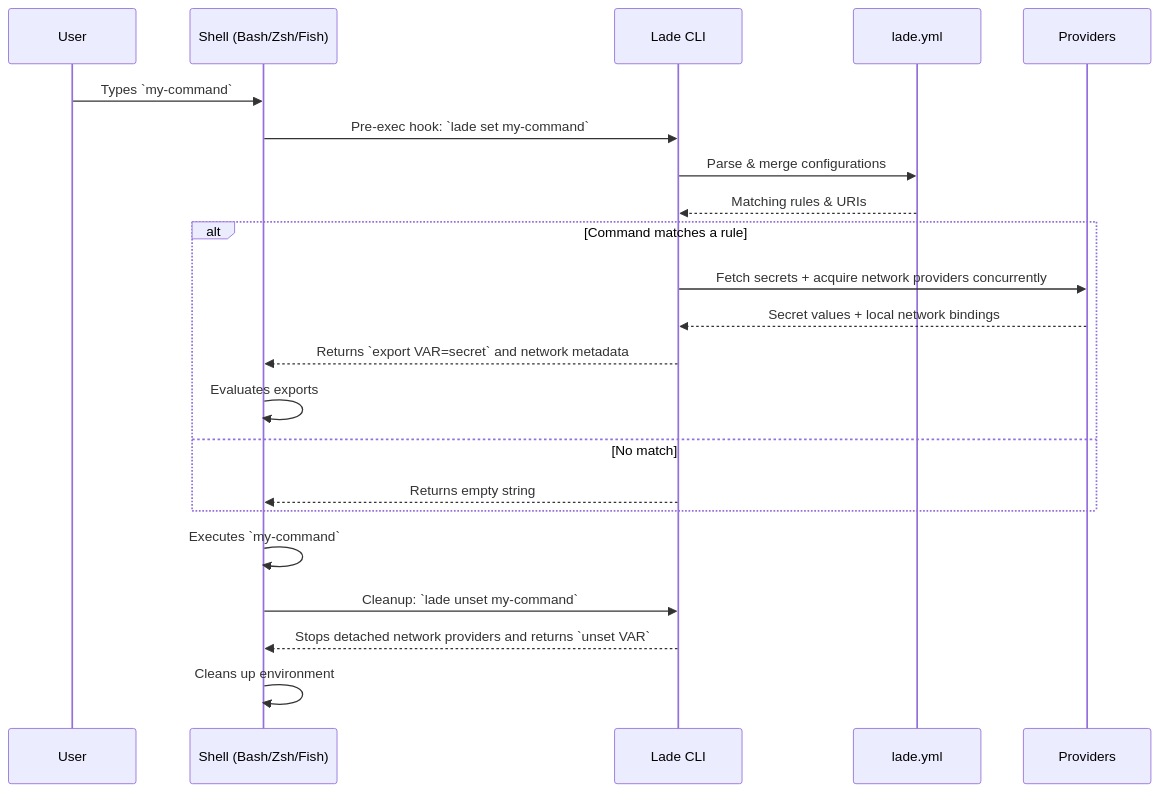
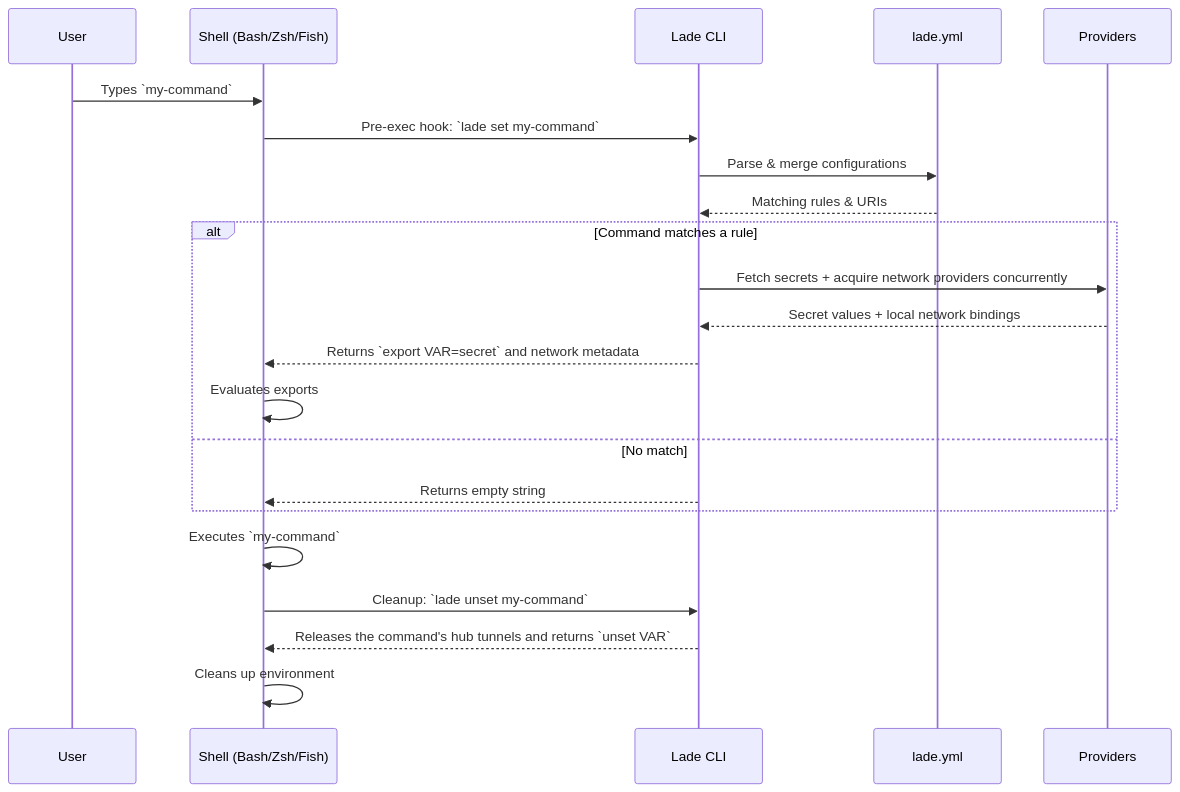
The first of 4 diagrams in docs/architecture.md (zifeo/lade), drawn with Mermaid before and after one commit. The commit also changed other lines of this file and 114 other files, not shown here.

First line of the commit message:
feat: hold tunnel ports in Lade and keep tunnels in the hub with ttl (#227)

````diff
--- a/docs/architecture.md
+++ b/docs/architecture.md
@@ -13,27 +14,27 @@
 ```mermaid
 sequenceDiagram
     participant User
     participant Shell as Shell (Bash/Zsh/Fish)
     participant Lade as Lade CLI
     participant Config as lade.yml
     participant Providers as Providers
 
     User->>Shell: Types `my-command`
     Shell->>Lade: Pre-exec hook: `lade set my-command`
     Lade->>Config: Parse & merge configurations
     Config-->>Lade: Matching rules & URIs
 
     alt Command matches a rule
         Lade->>Providers: Fetch secrets + acquire network providers concurrently
         Providers-->>Lade: Secret values + local network bindings
         Lade-->>Shell: Returns `export VAR=secret` and network metadata
         Shell->>Shell: Evaluates exports
     else No match
         Lade-->>Shell: Returns empty string
     end
 
     Shell->>Shell: Executes `my-command`
     Shell->>Lade: Cleanup: `lade unset my-command`
-    Lade-->>Shell: Stops detached network providers and returns `unset VAR`
+    Lade-->>Shell: Releases the command's hub tunnels and returns `unset VAR`
     Shell->>Shell: Cleans up environment
 ```
````
